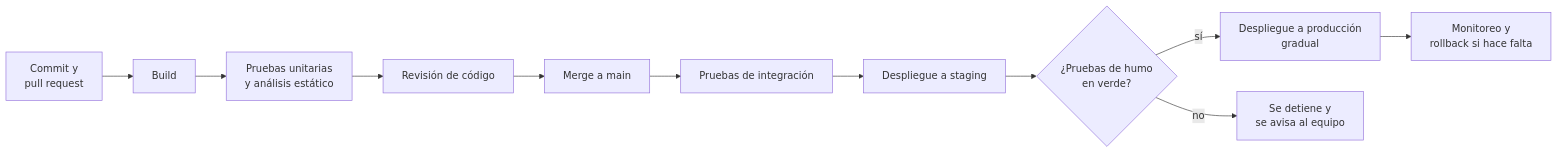
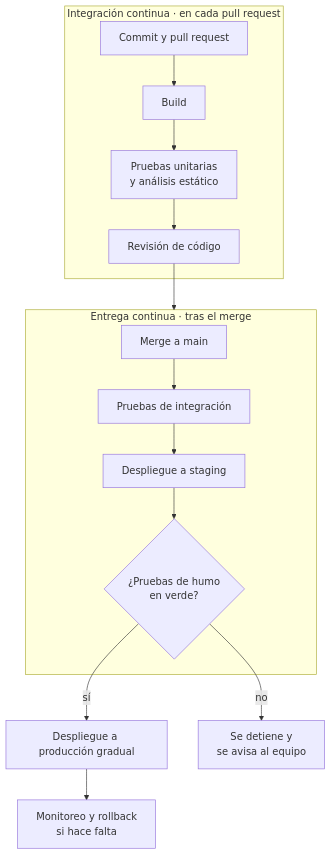
Before and after one commit to andresga79/saas-para-scrum-masters: the second of 4 diagrams in content/08-entrega-ci-cd.md, drawn with Mermaid. The commit also changed other lines of this file and 13 other files, not shown here.

First line of the commit message:
Corrige legibilidad de diagramas, casilla del pie e impresión en modo oscuro

````diff
--- a/content/08-entrega-ci-cd.md
+++ b/content/08-entrega-ci-cd.md
@@ -28,13 +28,17 @@
 ```mermaid
-flowchart LR
-    A["Commit y<br/>pull request"] --> B["Build"]
-    B --> C["Pruebas unitarias<br/>y análisis estático"]
-    C --> D["Revisión de código"]
-    D --> E["Merge a main"]
-    E --> F["Pruebas de integración"]
-    F --> G["Despliegue a staging"]
-    G --> H{"¿Pruebas de humo<br/>en verde?"}
-    H -- "sí" --> I["Despliegue a producción<br/>gradual"]
+flowchart TB
+    subgraph CI["Integración continua · en cada pull request"]
+        A["Commit y pull request"] --> B["Build"]
+        B --> C["Pruebas unitarias<br/>y análisis estático"]
+        C --> D["Revisión de código"]
+    end
+    subgraph CD["Entrega continua · tras el merge"]
+        E["Merge a main"] --> F["Pruebas de integración"]
+        F --> G["Despliegue a staging"]
+        G --> H{"¿Pruebas de humo<br/>en verde?"}
+    end
+    D --> CD
+    H -- "sí" --> I["Despliegue a producción gradual"]
     H -- "no" --> J["Se detiene y<br/>se avisa al equipo"]
-    I --> K["Monitoreo y<br/>rollback si hace falta"]
+    I --> K["Monitoreo y rollback<br/>si hace falta"]
 ```
````
